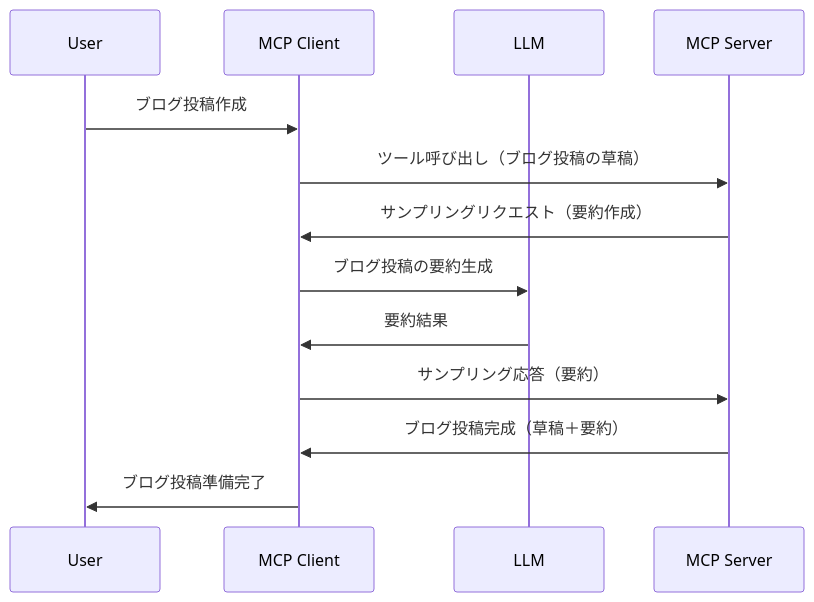
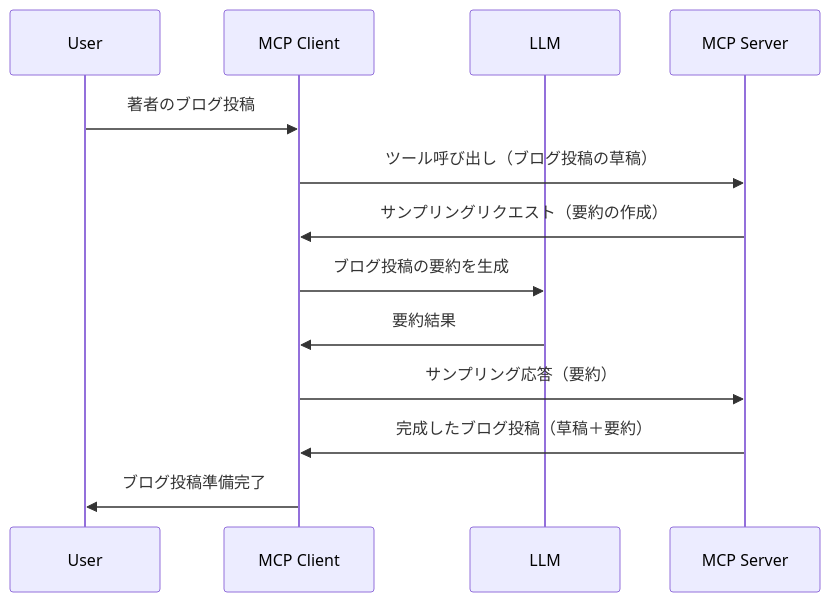
Before and after one commit to HIDORAKAI002/ai-workspace-archive: the diagram in mcp_ecosystem__model_context_protocol/mcp_learning_resources/mcp-for-beginners/translations/ja/03-GettingStarted/14-sampling/README.md, drawn with Mermaid. The commit also changed other lines of this file and 1046 other files, not shown here.

````diff
--- a/mcp_ecosystem__model_context_protocol/mcp_learning_resources/mcp-for-beginners/translations/ja/03-GettingStarted/14-sampling/README.md
+++ b/mcp_ecosystem__model_context_protocol/mcp_learning_resources/mcp-for-beginners/translations/ja/03-GettingStarted/14-sampling/README.md
@@ -23,16 +25,16 @@
 ```mermaid
 sequenceDiagram
     participant User
     participant MCP Client
     participant LLM
     participant MCP Server
 
-    User->>MCP Client: ブログ投稿作成
+    User->>MCP Client: 著者のブログ投稿
     MCP Client->>MCP Server: ツール呼び出し（ブログ投稿の草稿）
-    MCP Server->>MCP Client: サンプリングリクエスト（要約作成）
-    MCP Client->>LLM: ブログ投稿の要約生成
+    MCP Server->>MCP Client: サンプリングリクエスト（要約の作成）
+    MCP Client->>LLM: ブログ投稿の要約を生成
     LLM->>MCP Client: 要約結果
     MCP Client->>MCP Server: サンプリング応答（要約）
-    MCP Server->>MCP Client: ブログ投稿完成（草稿＋要約）
+    MCP Server->>MCP Client: 完成したブログ投稿（草稿＋要約）
     MCP Client->>User: ブログ投稿準備完了
 ```
````
